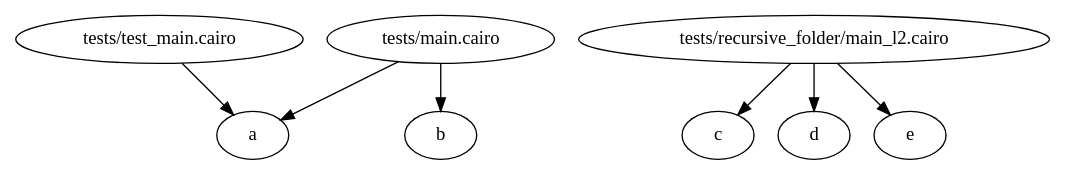
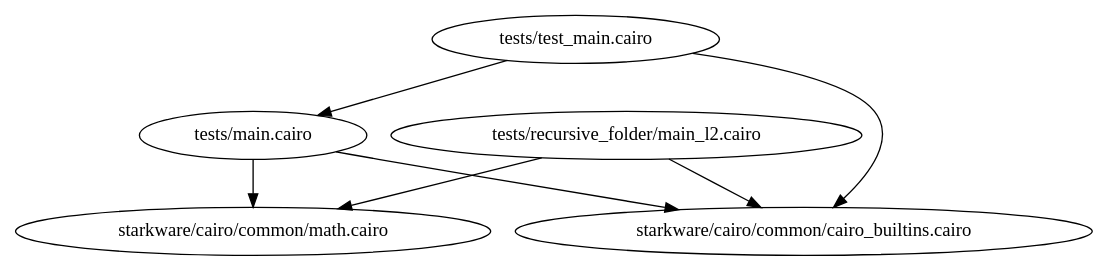
One commit to enitrat/cairo-dependencies-graph changed the diagram in graph.gv. Above: the diagram before and after it, drawn with Graphviz. The commit also changed 4 other files, not shown here.

```diff
--- a/graph.gv
+++ b/graph.gv
@@ -1,5 +1,5 @@
 digraph G {
-{"tests/main.cairo"} -> {"a","b"}
-{"tests/test_main.cairo"} -> {"a"}
-{"tests/recursive_folder/main_l2.cairo"} -> {"c","d","e"}
+{"tests/test_main.cairo"} -> {"tests/main.cairo","starkware/cairo/common/cairo_builtins.cairo"}
+{"tests/main.cairo"} -> {"starkware/cairo/common/math.cairo","starkware/cairo/common/cairo_builtins.cairo"}
+{"tests/recursive_folder/main_l2.cairo"} -> {"starkware/cairo/common/math.cairo","starkware/cairo/common/cairo_builtins.cairo"}
 }
```
